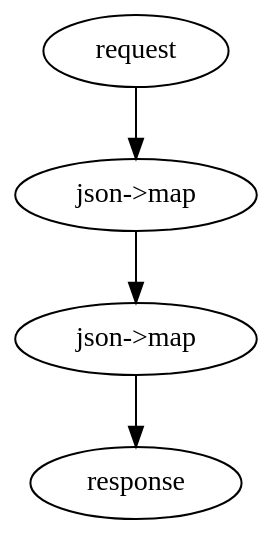
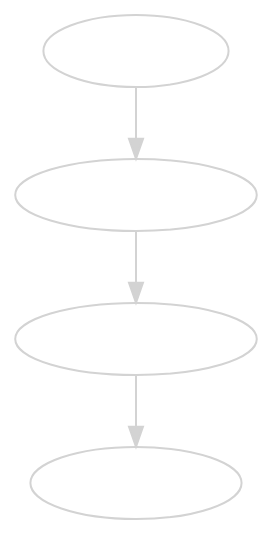
One commit to wactbprot/devhub changed the diagram in resources/req-res.dot. Above: the diagram before and after it, drawn with Graphviz. The commit also changed 1 other file, not shown here.

```diff
--- a/resources/req-res.dot
+++ b/resources/req-res.dot
@@ -1,11 +1,15 @@
 digraph  regexp {
-bgcolor=transparent                                                             
- req [label="request", URL="", tooltip="incomming request"];
- res [label="response", URL="", tooltip="outgoing response"];  
- j2m [label="json->map", URL="", tooltip="decode json to clojure map"];
- m2j [label="json->map", URL="", tooltip="clojure map to decode json"];
+        
+        bgcolor=transparent                                                             
+        node[color=lightgray, fontcolor=white]
+        edge[color=lightgray]
 
- req -> j2m
- j2m -> m2j
- m2j -> res
+        req [label="request", URL="", tooltip="incomming request"];
+        res [label="response", URL="", tooltip="outgoing response"];  
+        j2m [label="json->map", URL="", tooltip="decode json to clojure map"];
+        m2j [label="json->map", URL="", tooltip="clojure map to decode json"];
+        
+        req -> j2m
+        j2m -> m2j
+        m2j -> res
 }
```
